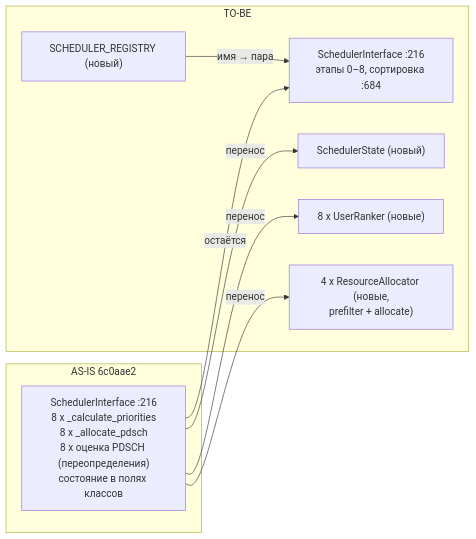
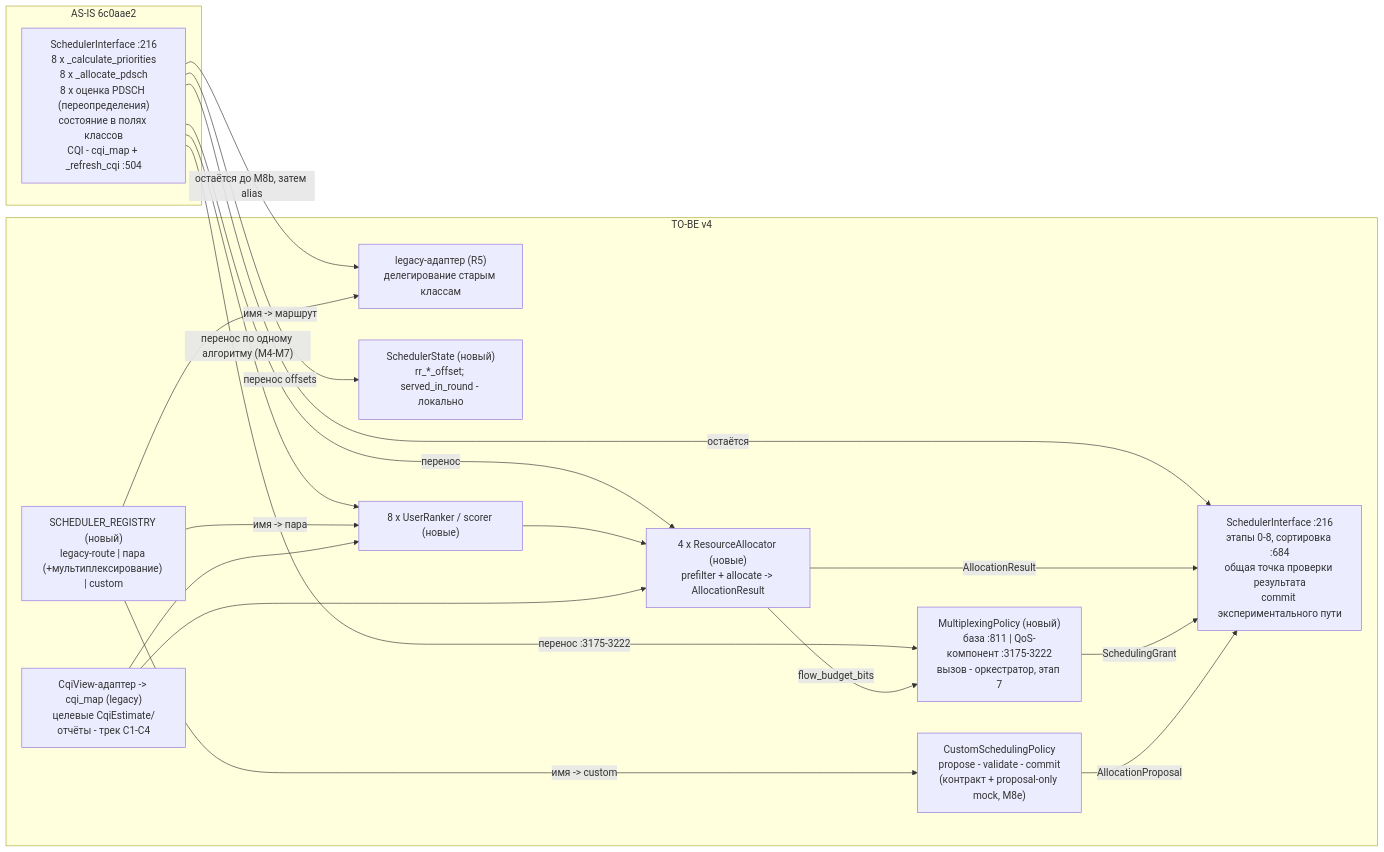
One commit to dokbrawn/REC-S5 changed the diagram in weeks/docs/specs/SPEC-FEAT-SCH-008.md. Above: the diagram before and after it, drawn with Mermaid. The commit also changed other lines of this file and 7 other files, not shown here.

````diff
--- a/weeks/docs/specs/SPEC-FEAT-SCH-008.md
+++ b/weeks/docs/specs/SPEC-FEAT-SCH-008.md
@@ -149,18 +398,33 @@
 ```mermaid
 flowchart LR
     subgraph ASIS["AS-IS 6c0aae2"]
-        A["SchedulerInterface :216<br/>8 x _calculate_priorities<br/>8 x _allocate_pdsch<br/>8 x оценка PDSCH (переопределения)<br/>состояние в полях классов"]
+        A["SchedulerInterface :216<br/>8 x _calculate_priorities<br/>8 x _allocate_pdsch<br/>8 x оценка PDSCH (переопределения)<br/>состояние в полях классов<br/>CQI - cqi_map + _refresh_cqi :504"]
     end
-    subgraph TOBE["TO-BE"]
-        B["SchedulerInterface :216<br/>этапы 0–8, сортировка :684"]
-        C["SchedulerState (новый)"]
-        D["8 x UserRanker (новые)"]
-        E["4 x ResourceAllocator (новые,<br/>prefilter + allocate)"]
-        F["SCHEDULER_REGISTRY (новый)"]
+    subgraph TOBE["TO-BE v4"]
+        B["SchedulerInterface :216<br/>этапы 0-8, сортировка :684<br/>общая точка проверки результата<br/>commit экспериментального пути"]
+        R["SCHEDULER_REGISTRY (новый)<br/>legacy-route | пара (+мультиплексирование) | custom"]
+        L["legacy-адаптер (R5)<br/>делегирование старым классам"]
+        C["SchedulerState (новый)<br/>rr_*_offset; served_in_round - локально"]
+        D["8 x UserRanker / scorer (новые)"]
+        E["4 x ResourceAllocator (новые)<br/>prefilter + allocate -> AllocationResult"]
+        P["CustomSchedulingPolicy<br/>propose - validate - commit<br/>(контракт + proposal-only mock, M8e)"]
+        M["MultiplexingPolicy (новый)<br/>база :811 | QoS-компонент :3175-3222<br/>вызов - оркестратор, этап 7"]
+        Q["CqiView-адаптер -> cqi_map (legacy)<br/>целевые CqiEstimate/отчёты - трек C1-C4"]
     end
-    A -->|"перенос"| D
+    A -->|"перенос по одному алгоритму (M4-M7)"| D
     A -->|"перенос"| E
-    A -->|"перенос"| C
+    A -->|"перенос offsets"| C
+    A -->|"перенос :3175-3222"| M
+    A -->|"остаётся до M8b, затем alias"| L
     A -->|"остаётся"| B
-    F -->|"имя → пара"| B
+    R -->|"имя -> маршрут"| L
+    R -->|"имя -> пара"| D
+    R -->|"имя -> custom"| P
+    D --> E
+    E -->|"AllocationResult"| B
+    E -->|"flow_budget_bits"| M
+    M -->|"SchedulingGrant"| B
+    P -->|"AllocationProposal"| B
+    Q --> D
+    Q --> E
 ```
````
